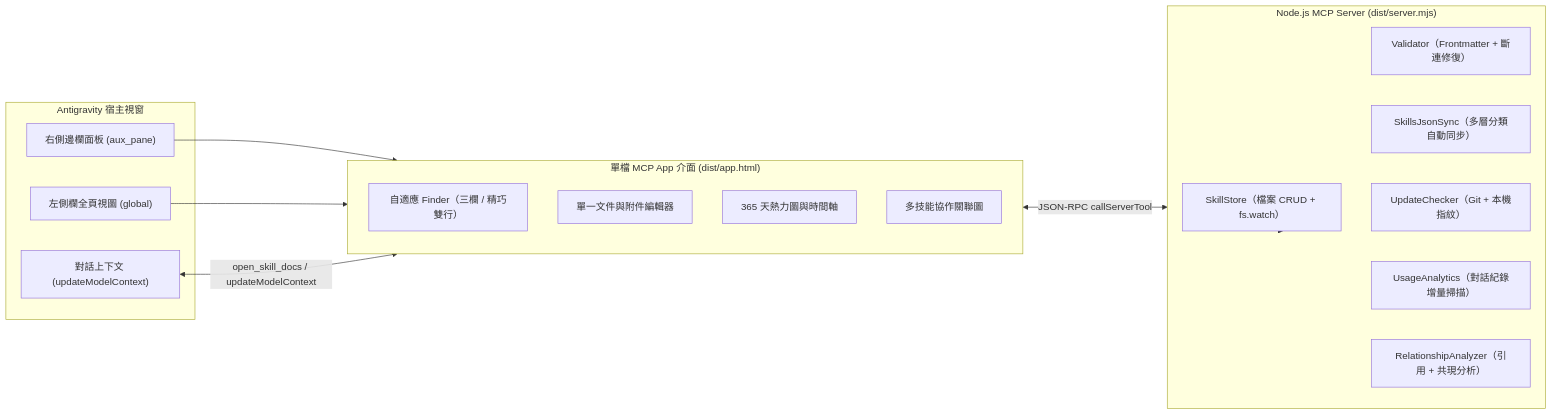
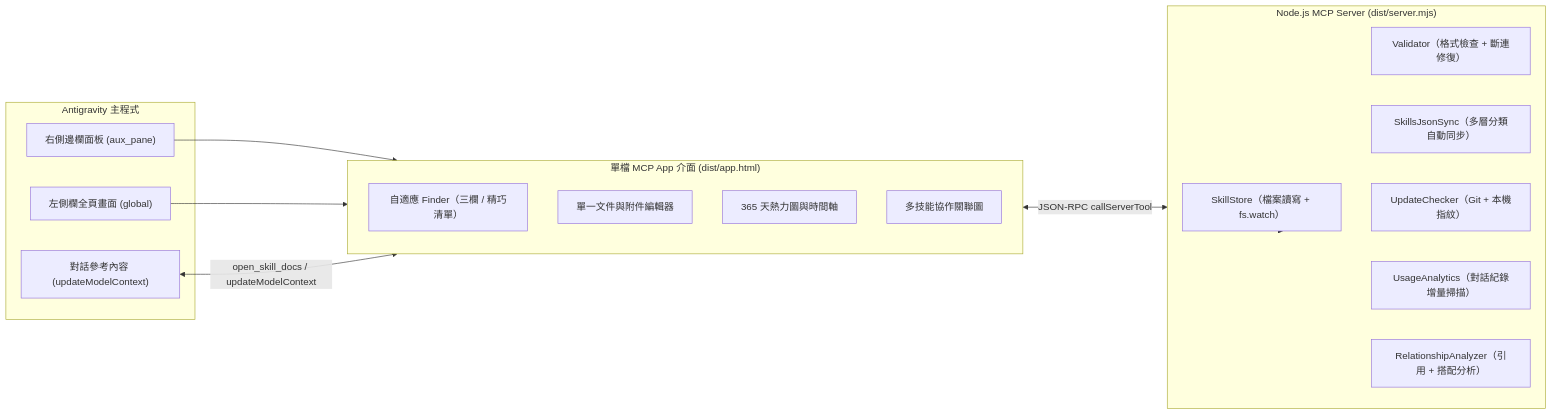
The diagram in README.zh-TW.md (southislandoneidlers/Better-skills-manager-for-antigravity), drawn with Mermaid before and after one commit. The commit also changed other lines of this file and 27 other files, not shown here.

````diff
--- a/README.zh-TW.md
+++ b/README.zh-TW.md
@@ -51,35 +69,35 @@
 ```mermaid
 flowchart LR
-    subgraph Host["Antigravity 宿主視窗"]
+    subgraph Host["Antigravity 主程式"]
         AuxPane["右側邊欄面板 (aux_pane)"]
-        GlobalView["左側欄全頁視圖 (global)"]
-        Chat["對話上下文 (updateModelContext)"]
+        GlobalView["左側欄全頁畫面 (global)"]
+        Chat["對話參考內容 (updateModelContext)"]
     end
 
     subgraph UI["單檔 MCP App 介面 (dist/app.html)"]
-        Finder["自適應 Finder（三欄 / 精巧雙行）"]
+        Finder["自適應 Finder（三欄 / 精巧清單）"]
         Doc["單一文件與附件編輯器"]
         Analytics["365 天熱力圖與時間軸"]
         Graph["多技能協作關聯圖"]
     end
 
     subgraph Server["Node.js MCP Server (dist/server.mjs)"]
-        Store["SkillStore（檔案 CRUD + fs.watch）"]
-        Linter["Validator（Frontmatter + 斷連修復）"]
+        Store["SkillStore（檔案讀寫 + fs.watch）"]
+        Linter["Validator（格式檢查 + 斷連修復）"]
         Sync["SkillsJsonSync（多層分類自動同步）"]
         Updater["UpdateChecker（Git + 本機指紋）"]
         Usage["UsageAnalytics（對話紀錄增量掃描）"]
-        Rel["RelationshipAnalyzer（引用 + 共現分析）"]
+        Rel["RelationshipAnalyzer（引用 + 搭配分析）"]
     end
 
     AuxPane --> UI
     GlobalView --> UI
     Chat <-->|"open_skill_docs / updateModelContext"| UI
     UI <-->|"JSON-RPC callServerTool"| Server
     Server --> Store
     Server --> Linter
     Server --> Sync
     Server --> Updater
     Server --> Usage
     Server --> Rel
 ```
````
